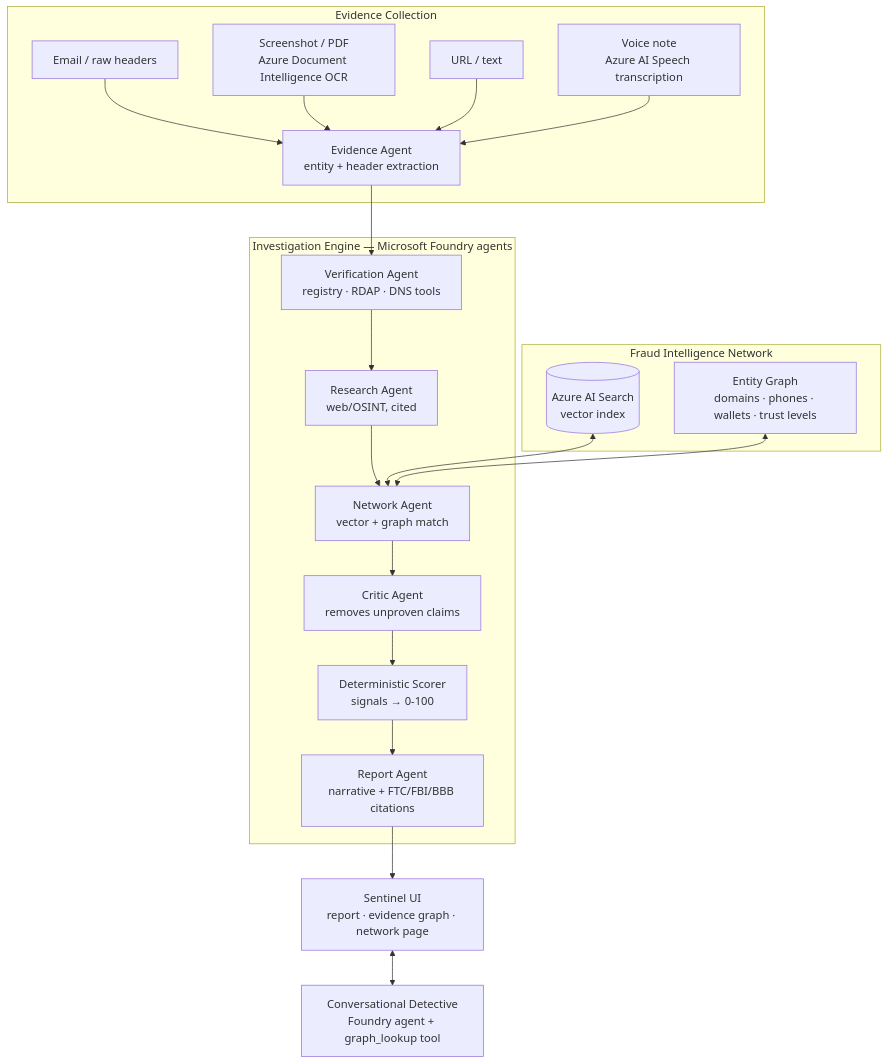
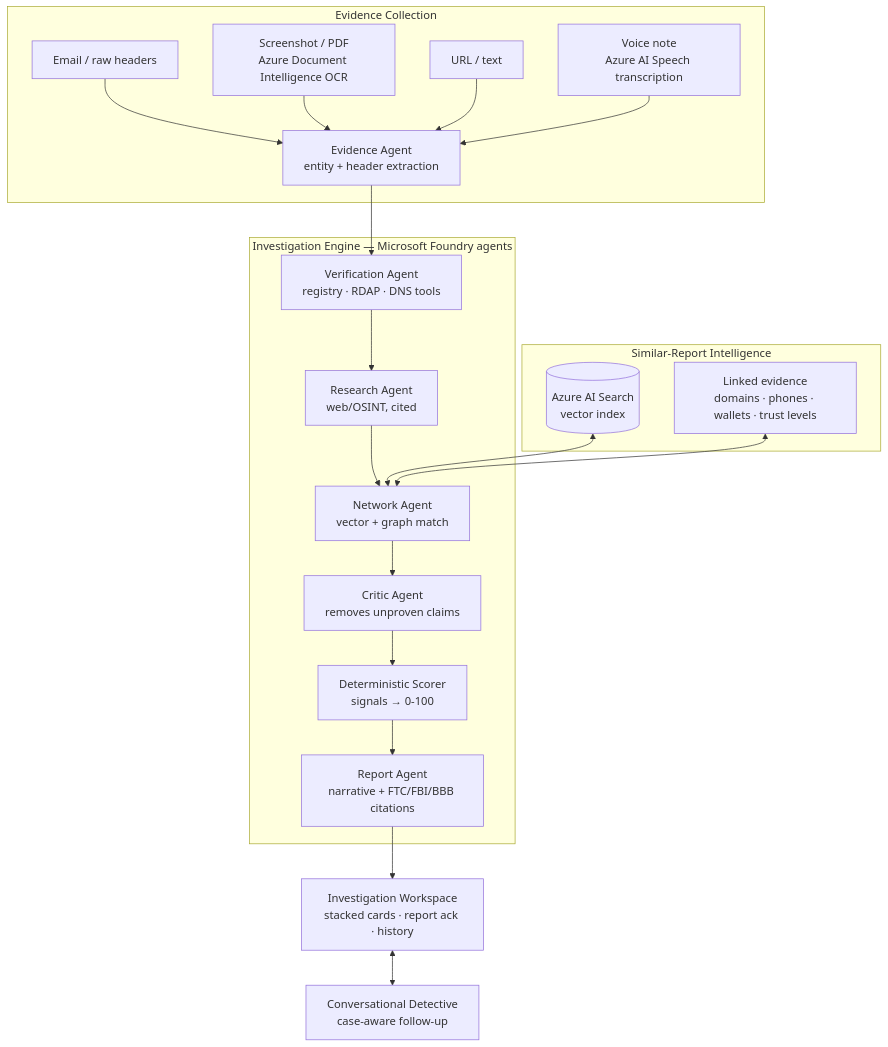
The diagram in README.md (mrlucas679/verify-my-interview), drawn with Mermaid before and after one commit. The commit also changed other lines of this file and 26 other files, not shown here.

Commit message:
Prepare workspace history for live launch

````diff
--- a/README.md
+++ b/README.md
@@ -37,24 +36,24 @@
 ```mermaid
 flowchart TB
   subgraph Intake["Evidence Collection"]
     A[Email / raw headers] --> P
     B[Screenshot / PDF<br/>Azure Document Intelligence OCR] --> P
     C[URL / text] --> P
     VN[Voice note<br/>Azure AI Speech transcription] --> P
   end
   P[Evidence Agent<br/>entity + header extraction]
   subgraph Engine["Investigation Engine — Microsoft Foundry agents"]
     P --> V[Verification Agent<br/>registry · RDAP · DNS tools]
     V --> R[Research Agent<br/>web/OSINT, cited]
     R --> N[Network Agent<br/>vector + graph match]
     N --> K[Critic Agent<br/>removes unproven claims]
     K --> S[Deterministic Scorer<br/>signals → 0-100]
     S --> W[Report Agent<br/>narrative + FTC/FBI/BBB citations]
   end
-  subgraph Intel["Fraud Intelligence Network"]
+  subgraph Intel["Similar-Report Intelligence"]
     X[(Azure AI Search<br/>vector index)] <--> N
-    G[Entity Graph<br/>domains · phones · wallets · trust levels] <--> N
+    G[Linked evidence<br/>domains · phones · wallets · trust levels] <--> N
   end
-  W --> UI[Sentinel UI<br/>report · evidence graph · network page]
-  UI <--> D[Conversational Detective<br/>Foundry agent + graph_lookup tool]
+  W --> UI[Investigation Workspace<br/>stacked cards · report ack · history]
+  UI <--> D[Conversational Detective<br/>case-aware follow-up]
 ```
````
